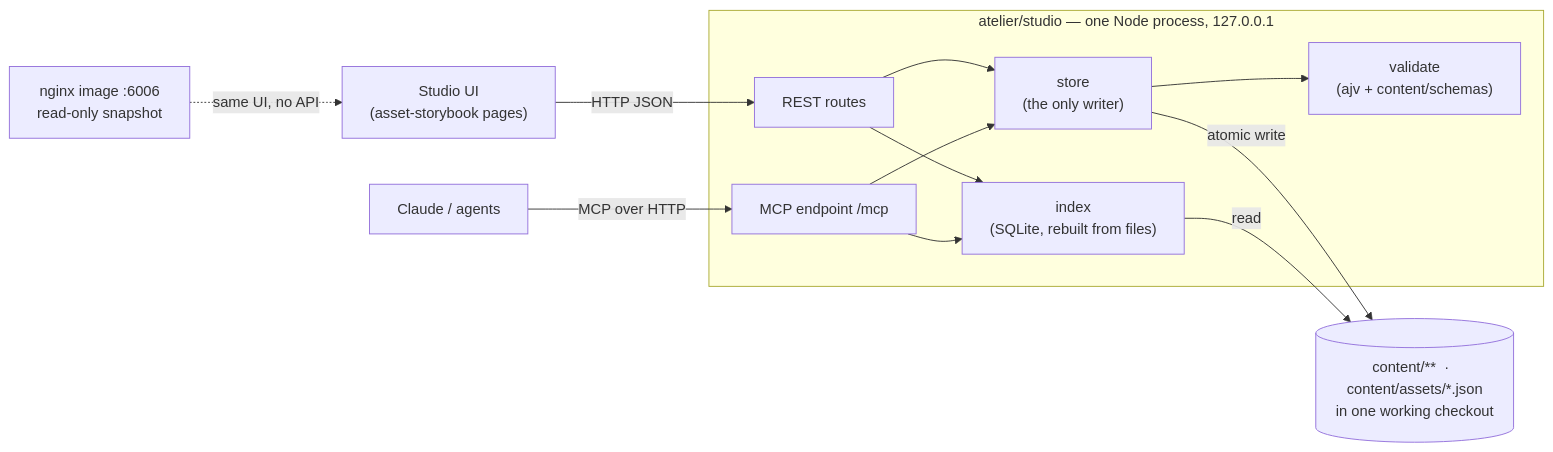
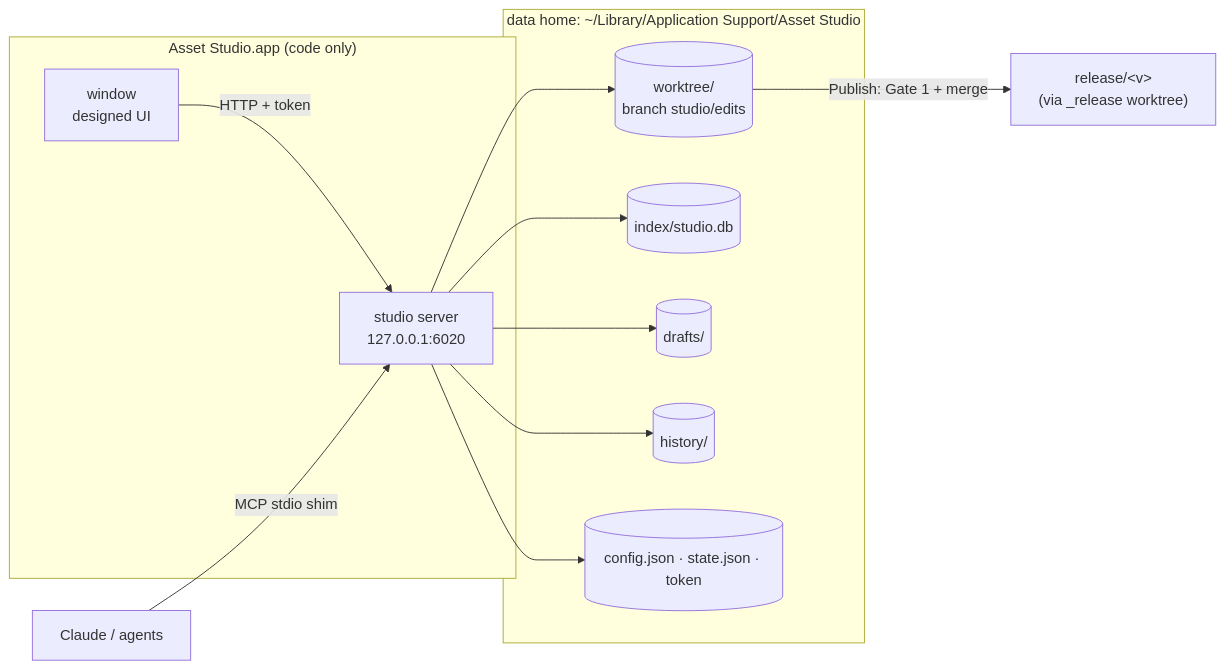
The first of 2 diagrams in .claude/idea_backlog/I-123-asset-studio-settings-per-domain-and-ass/spec.md (montionugera/atlas-world-svc), drawn with Mermaid before and after one commit. The commit also changed other lines of this file, not shown here.

Commit message:
docs(I-123): resolve 20 decision conflicts; data home, publish path, auto-built app

````diff
--- a/.claude/idea_backlog/I-123-asset-studio-settings-per-domain-and-ass/spec.md
+++ b/.claude/idea_backlog/I-123-asset-studio-settings-per-domain-and-ass/spec.md
@@ -51,16 +61,18 @@
 ```mermaid
 flowchart LR
-  UI["Studio UI<br/>(asset-storybook pages)"] -->|HTTP JSON| API
-  AG["Claude / agents"] -->|MCP over HTTP| MCP
-  subgraph S["atelier/studio — one Node process, 127.0.0.1"]
-    API["REST routes"] --> ST["store<br/>(the only writer)"]
-    MCP["MCP endpoint /mcp"] --> ST
-    ST --> V["validate<br/>(ajv + content/schemas)"]
-    IDX["index<br/>(SQLite, rebuilt from files)"]
-    API --> IDX
-    MCP --> IDX
+  subgraph APP["Asset Studio.app (code only)"]
+    WIN["window<br/>designed UI"]
+    SRV["studio server<br/>127.0.0.1:6020"]
   end
-  ST -->|atomic write| FILES[("content/**  ·  content/assets/*.json<br/>in one working checkout")]
-  IDX -->|read| FILES
-  NG["nginx image :6006<br/>read-only snapshot"] -.same UI, no API.-> UI
+  WIN -->|HTTP + token| SRV
+  AG["Claude / agents"] -->|MCP stdio shim| SRV
+  subgraph HOME["data home: ~/Library/Application Support/Asset Studio"]
+    WT[("worktree/<br/>branch studio/edits")]
+    DB[("index/studio.db")]
+    DR[("drafts/")]
+    HI[("history/")]
+    ST[("config.json · state.json · token")]
+  end
+  SRV --> WT & DB & DR & HI & ST
+  WT -->|Publish: Gate 1 + merge| REL["release/&lt;v&gt;<br/>(via _release worktree)"]
 ```
````
